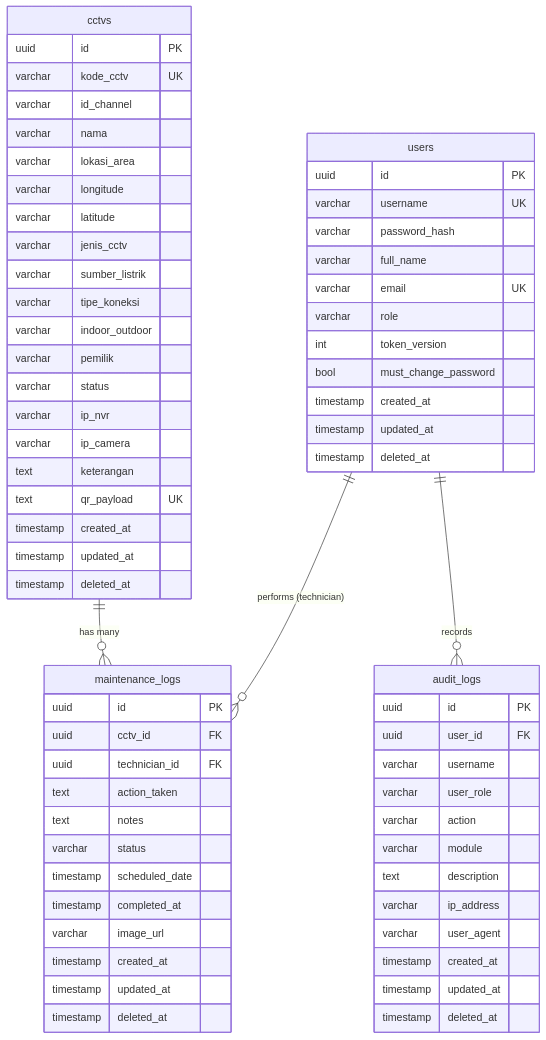
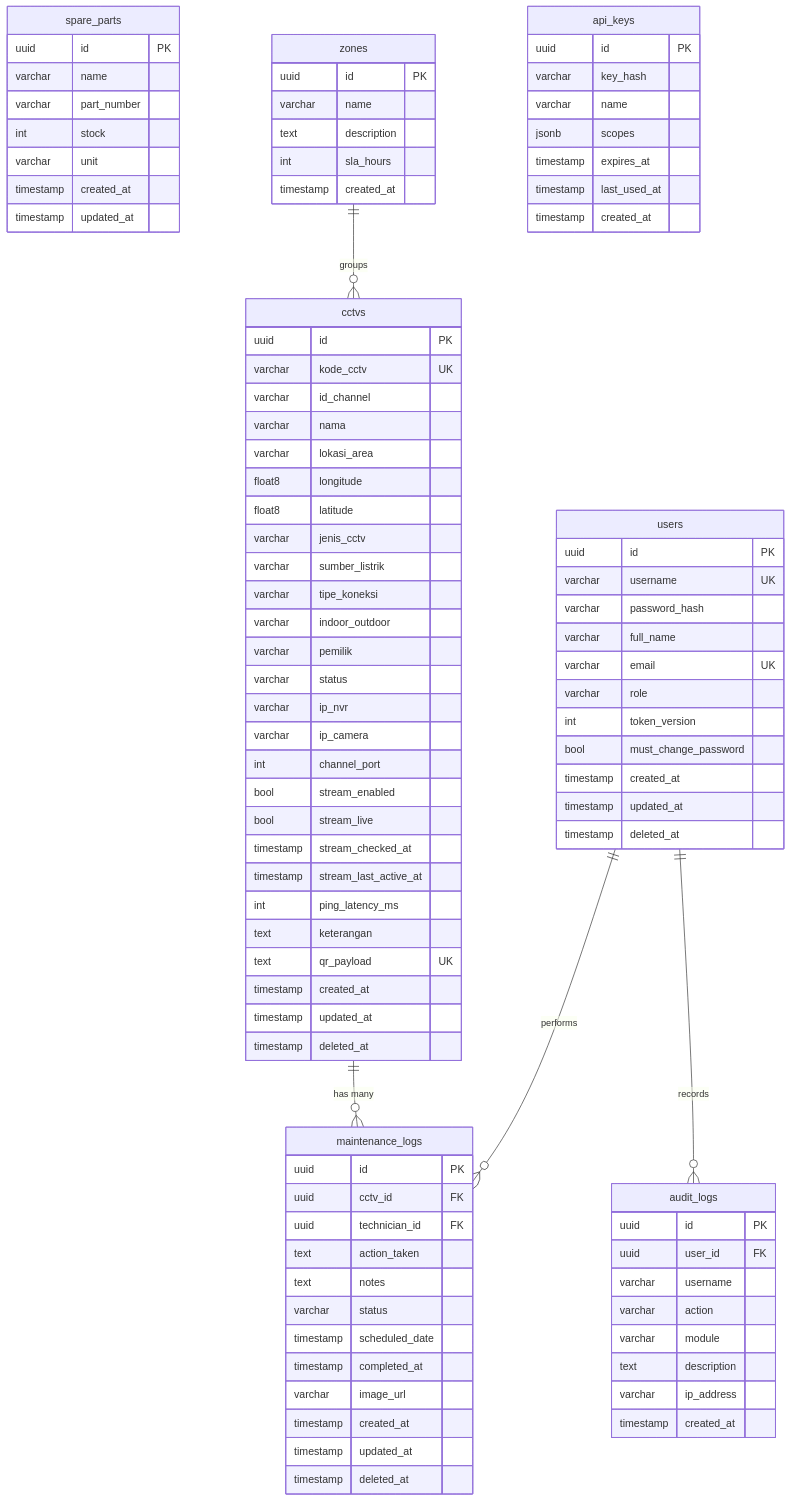
The second of 2 diagrams in README.md (notyourkise/SIGAP), drawn with Mermaid before and after one commit. The commit also changed other lines of this file and 4 other files, not shown here.

````diff
--- a/README.md
+++ b/README.md
@@ -202,8 +265,8 @@
         varchar id_channel
         varchar nama
         varchar lokasi_area
-        varchar longitude
-        varchar latitude
+        float8 longitude
+        float8 latitude
         varchar jenis_cctv
         varchar sumber_listrik
         varchar tipe_koneksi
@@ -212,6 +275,12 @@
         varchar status
         varchar ip_nvr
         varchar ip_camera
+        int channel_port
+        bool stream_enabled
+        bool stream_live
+        timestamp stream_checked_at
+        timestamp stream_last_active_at
+        int ping_latency_ms
         text keterangan
         text qr_payload UK
         timestamp created_at
@@ -236,17 +305,40 @@
         uuid id PK
         uuid user_id FK
         varchar username
-        varchar user_role
         varchar action
         varchar module
         text description
         varchar ip_address
-        varchar user_agent
+        timestamp created_at
+    }
+    spare_parts {
+        uuid id PK
+        varchar name
+        varchar part_number
+        int stock
+        varchar unit
         timestamp created_at
         timestamp updated_at
-        timestamp deleted_at
     }
+    zones {
+        uuid id PK
+        varchar name
+        text description
+        int sla_hours
+        timestamp created_at
+    }
+    api_keys {
+        uuid id PK
+        varchar key_hash
+        varchar name
+        jsonb scopes
+        timestamp expires_at
+        timestamp last_used_at
+        timestamp created_at
+    }
+
     cctvs ||--o{ maintenance_logs : "has many"
-    users ||--o{ maintenance_logs : "performs (technician)"
+    users ||--o{ maintenance_logs : "performs"
     users ||--o{ audit_logs : "records"
+    zones ||--o{ cctvs : "groups"
 ```
````
